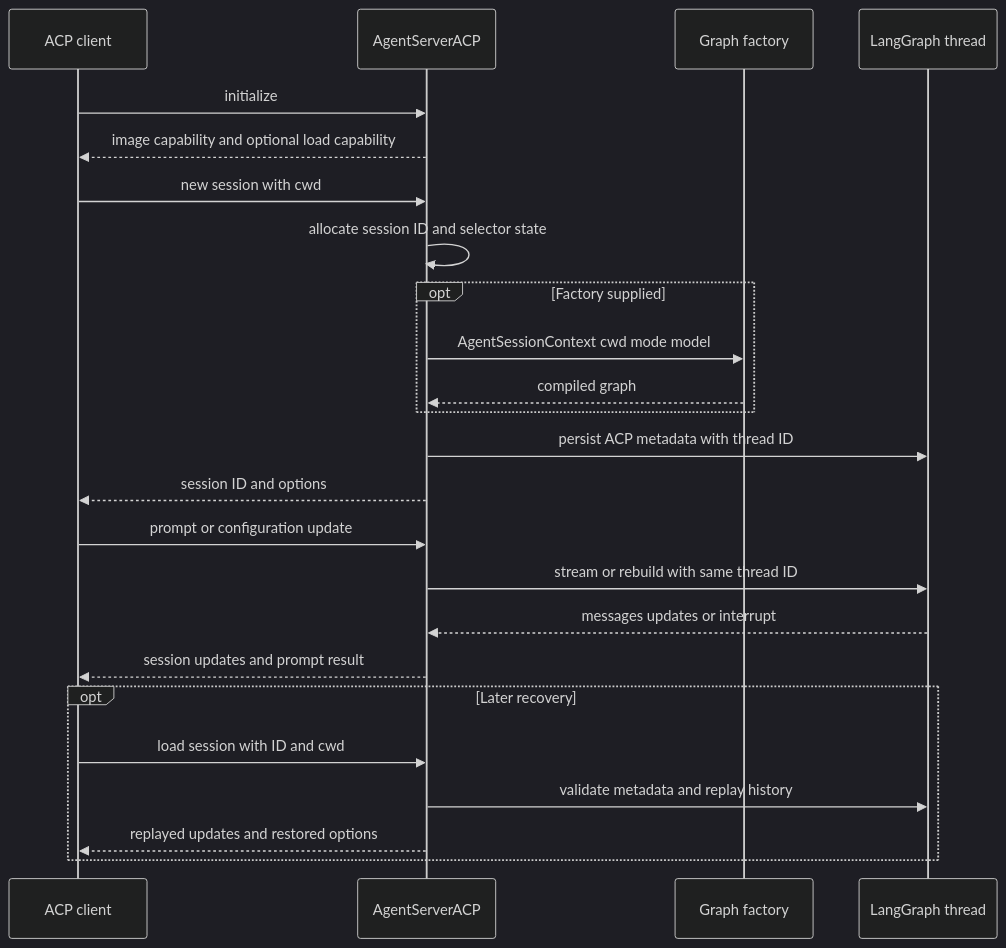
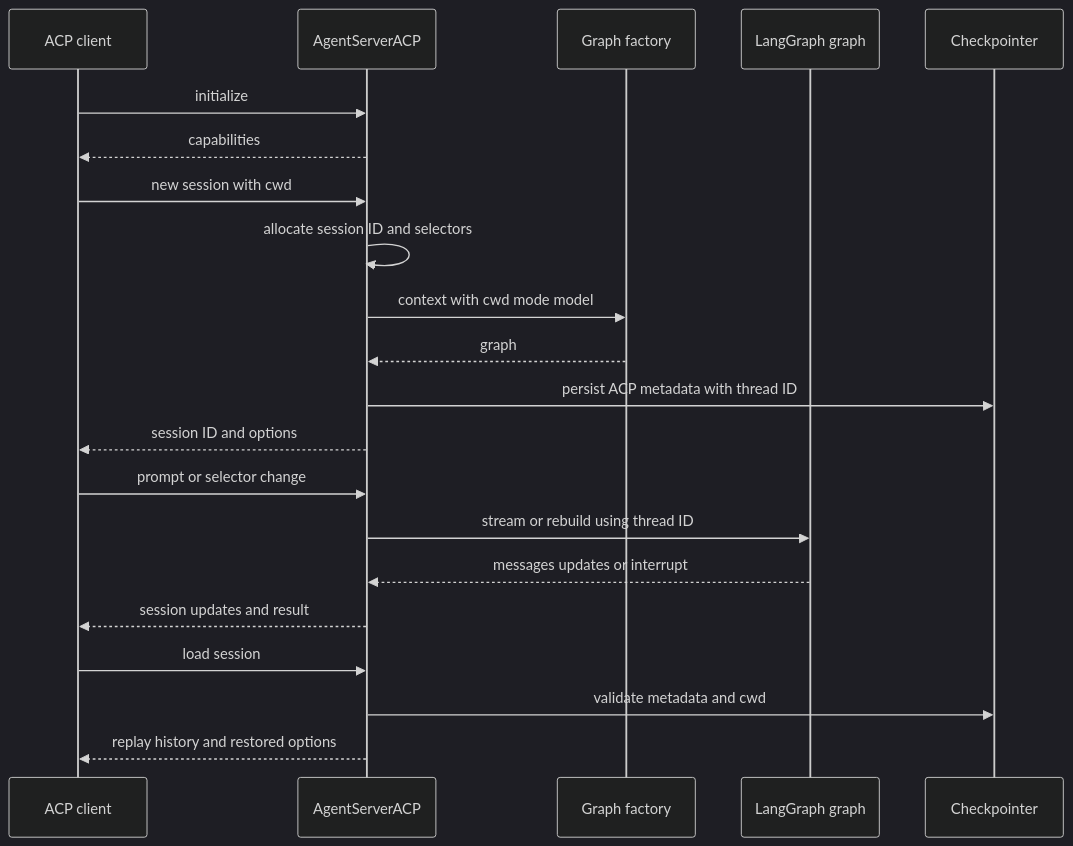
Before and after one commit to langchain-ai/deepagents: the second of 2 diagrams in openwiki/integrations/acp.md, drawn with Mermaid (dark theme). The commit also changed other lines of this file and 35 other files, not shown here.

````diff
--- a/openwiki/integrations/acp.md
+++ b/openwiki/integrations/acp.md
@@ -58,26 +75,23 @@
 ```mermaid
 sequenceDiagram
     participant Client as ACP client
     participant Bridge as AgentServerACP
     participant Factory as Graph factory
-    participant Graph as LangGraph thread
+    participant Graph as LangGraph graph
+    participant Store as Checkpointer
     Client->>Bridge: initialize
-    Bridge-->>Client: image capability and optional load capability
+    Bridge-->>Client: capabilities
     Client->>Bridge: new session with cwd
-    Bridge->>Bridge: allocate session ID and selector state
-    opt Factory supplied
-        Bridge->>Factory: AgentSessionContext cwd mode model
-        Factory-->>Bridge: compiled graph
-    end
-    Bridge->>Graph: persist ACP metadata with thread ID
+    Bridge->>Bridge: allocate session ID and selectors
+    Bridge->>Factory: context with cwd mode model
+    Factory-->>Bridge: graph
+    Bridge->>Store: persist ACP metadata with thread ID
     Bridge-->>Client: session ID and options
-    Client->>Bridge: prompt or configuration update
-    Bridge->>Graph: stream or rebuild with same thread ID
+    Client->>Bridge: prompt or selector change
+    Bridge->>Graph: stream or rebuild using thread ID
     Graph-->>Bridge: messages updates or interrupt
-    Bridge-->>Client: session updates and prompt result
-    opt Later recovery
-        Client->>Bridge: load session with ID and cwd
-        Bridge->>Graph: validate metadata and replay history
-        Bridge-->>Client: replayed updates and restored options
-    end
+    Bridge-->>Client: session updates and result
+    Client->>Bridge: load session
+    Bridge->>Store: validate metadata and cwd
+    Bridge-->>Client: replay history and restored options
 ```
````
